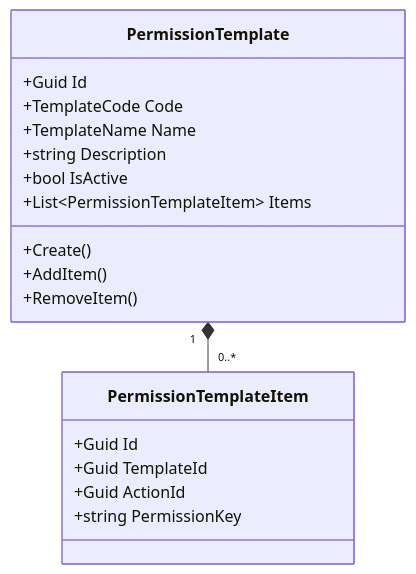
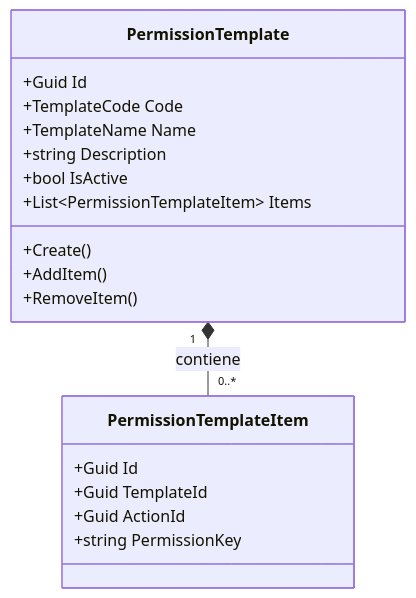
The first of 3 diagrams in docs/domain-es/authorization/permission-template.md (beyondnetcode/ums), drawn with Mermaid before and after one commit. The commit also changed other lines of this file and 19 other files, not shown here.

````diff
--- a/docs/domain-es/authorization/permission-template.md
+++ b/docs/domain-es/authorization/permission-template.md
@@ -61,21 +90,22 @@
 ```mermaid
 classDiagram
+    direction TB
     class PermissionTemplate {
         +Guid Id
         +TemplateCode Code
         +TemplateName Name
         +string Description
         +bool IsActive
         +List~PermissionTemplateItem~ Items
         +Create()
         +AddItem()
         +RemoveItem()
     }
     class PermissionTemplateItem {
         +Guid Id
         +Guid TemplateId
         +Guid ActionId
         +string PermissionKey
     }
-    PermissionTemplate "1" *-- "0..*" PermissionTemplateItem
+    PermissionTemplate "1" *-- "0..*" PermissionTemplateItem : contiene
 ```
````
